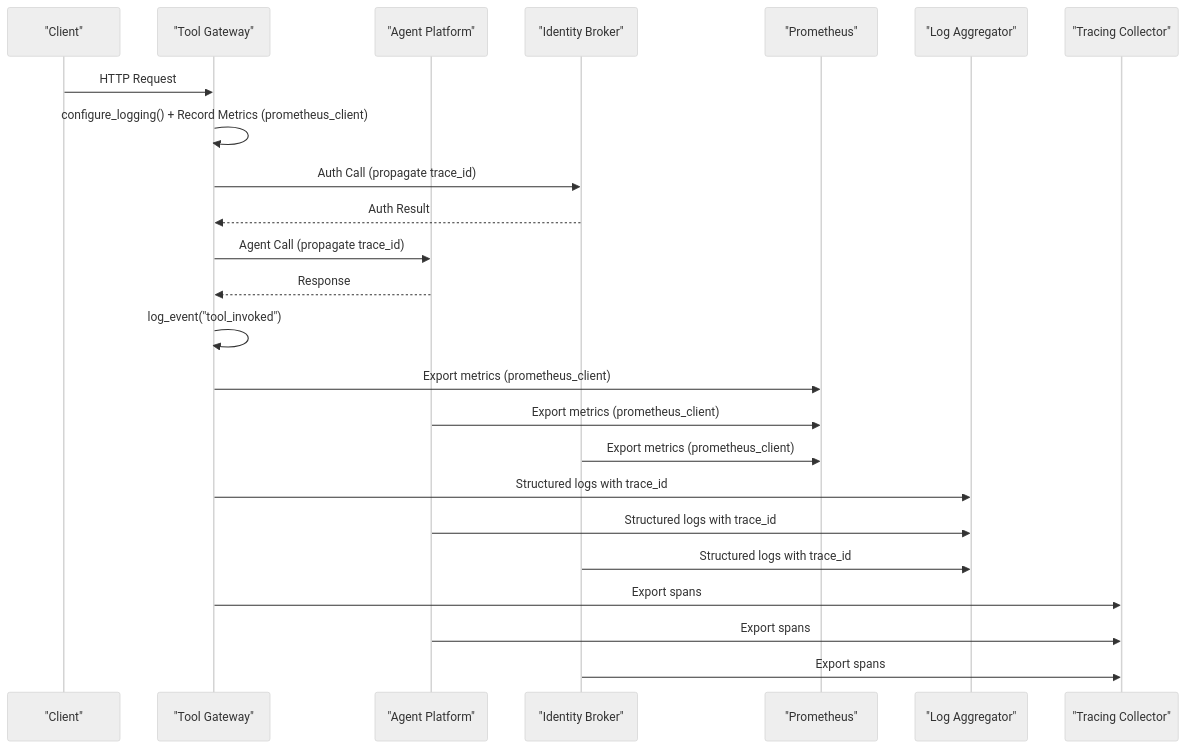
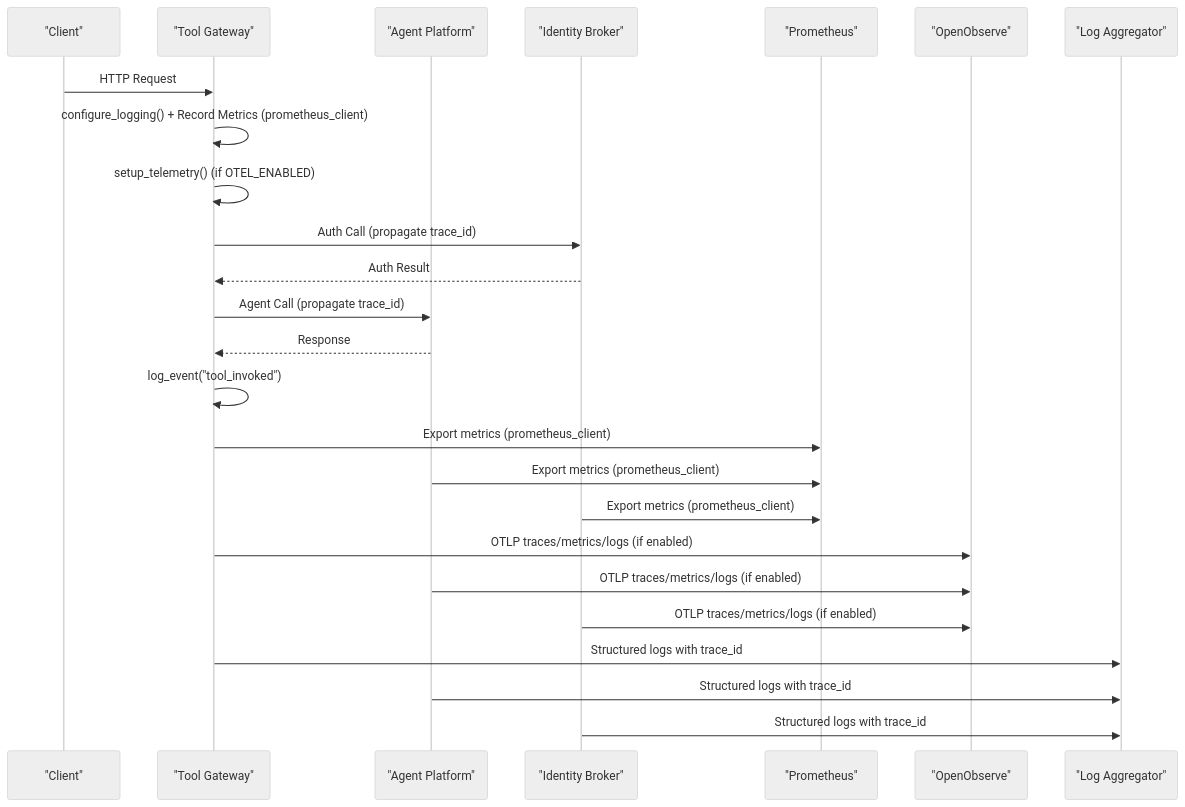
One commit to metasync/luban-aiops changed the second of 10 diagrams in .qoder/repowiki/en/content/Monitoring and Observability/Monitoring and Observability.md. Above: the diagram before and after it, drawn with Mermaid (neutral theme). The commit also changed other lines of this file and 71 other files, not shown here.

Commit message:
docs: refresh repowiki knowledge cache after OpenObserve telemetry enablement

````diff
--- a/.qoder/repowiki/en/content/Monitoring and Observability/Monitoring and Observability.md
+++ b/.qoder/repowiki/en/content/Monitoring and Observability/Monitoring and Observability.md
@@ -136,26 +154,27 @@
 ```mermaid
 sequenceDiagram
 participant Client as "Client"
 participant Gateway as "Tool Gateway"
 participant Agent as "Agent Platform"
 participant Identity as "Identity Broker"
 participant Prometheus as "Prometheus"
+participant OpenObserve as "OpenObserve"
 participant Logger as "Log Aggregator"
-participant Tracer as "Tracing Collector"
 Client->>Gateway : HTTP Request
 Gateway->>Gateway : configure_logging() + Record Metrics (prometheus_client)
+Gateway->>Gateway : setup_telemetry() (if OTEL_ENABLED)
 Gateway->>Identity : Auth Call (propagate trace_id)
 Identity-->>Gateway : Auth Result
 Gateway->>Agent : Agent Call (propagate trace_id)
 Agent-->>Gateway : Response
 Gateway->>Gateway : log_event("tool_invoked")
 Gateway->>Prometheus : Export metrics (prometheus_client)
 Agent->>Prometheus : Export metrics (prometheus_client)
 Identity->>Prometheus : Export metrics (prometheus_client)
+Gateway->>OpenObserve : OTLP traces/metrics/logs (if enabled)
+Agent->>OpenObserve : OTLP traces/metrics/logs (if enabled)
+Identity->>OpenObserve : OTLP traces/metrics/logs (if enabled)
 Gateway->>Logger : Structured logs with trace_id
 Agent->>Logger : Structured logs with trace_id
 Identity->>Logger : Structured logs with trace_id
-Gateway->>Tracer : Export spans
-Agent->>Tracer : Export spans
-Identity->>Tracer : Export spans
 ```
````
